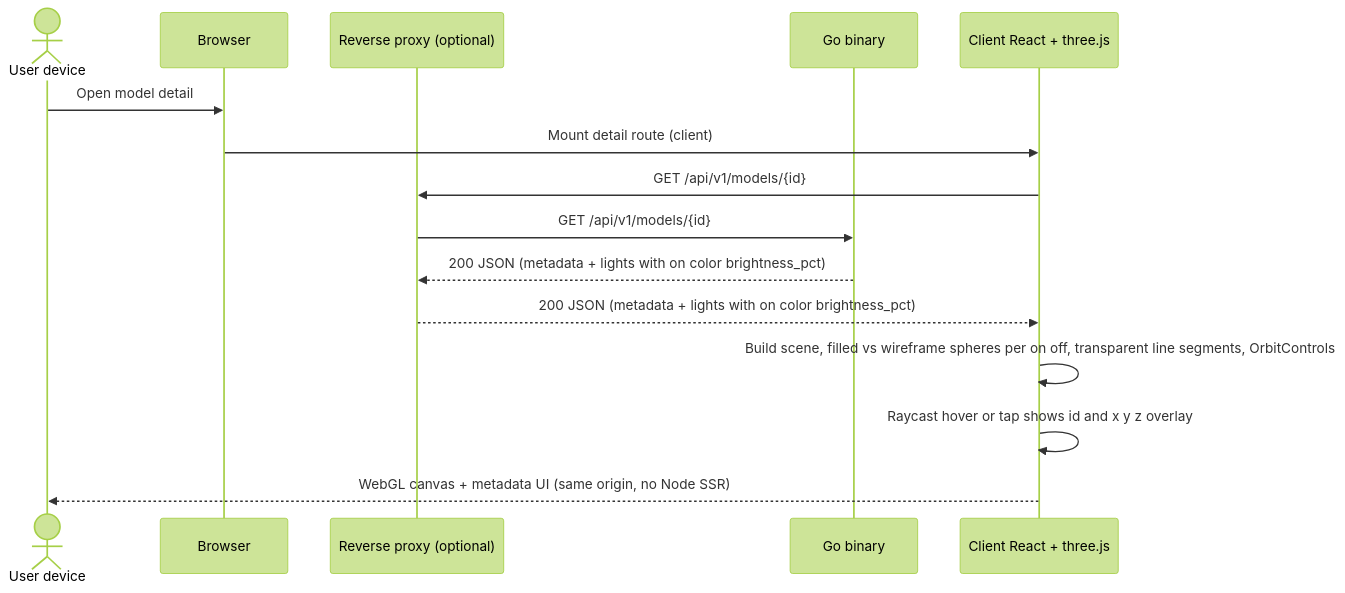
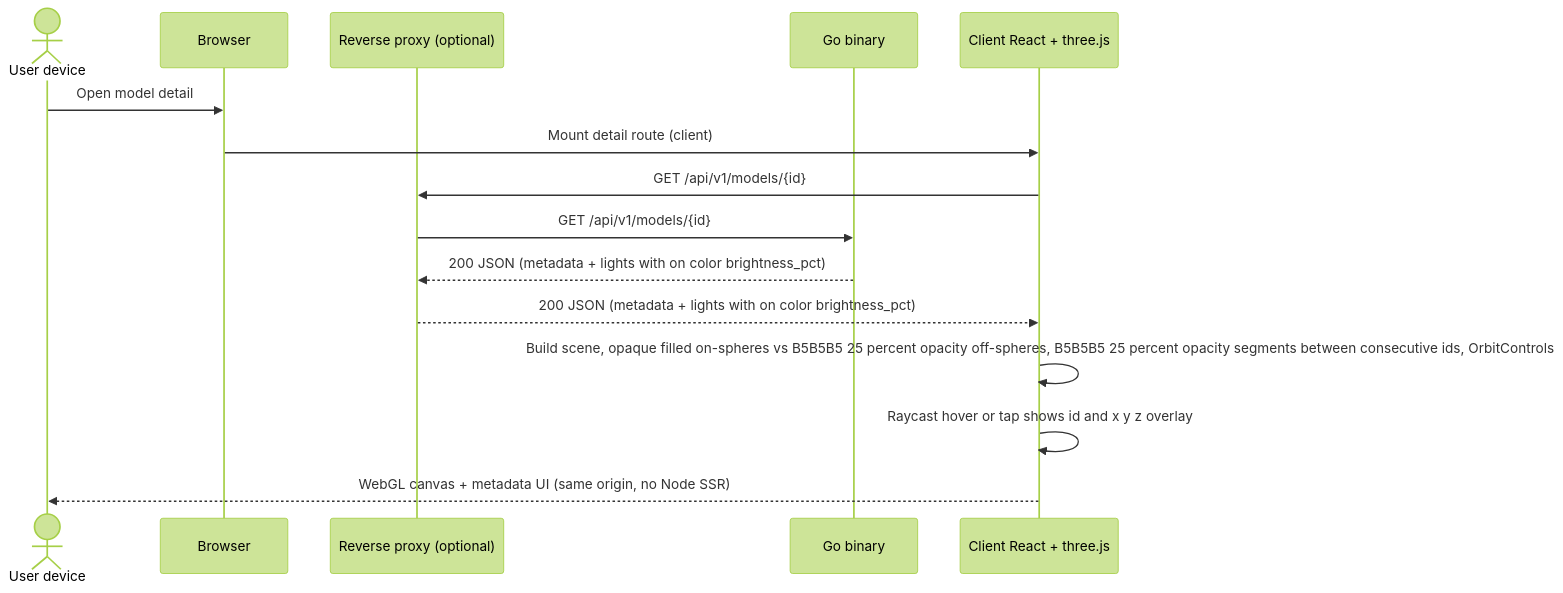
The sixth of 10 diagrams in docs/architecture.md (mudged/dlm), drawn with Mermaid (forest theme) before and after one commit. The commit also changed other lines of this file and 13 other files, not shown here.

````diff
--- a/docs/architecture.md
+++ b/docs/architecture.md
@@ -551,18 +576,18 @@
 ```mermaid
 sequenceDiagram
   actor User as User device
   participant B as Browser
   participant P as Reverse proxy (optional)
   participant G as Go binary
   participant R as Client React + three.js
 
   User->>B: Open model detail
   B->>R: Mount detail route (client)
   R->>P: GET /api/v1/models/{id}
   P->>G: GET /api/v1/models/{id}
   G-->>P: 200 JSON (metadata + lights with on color brightness_pct)
   P-->>R: 200 JSON (metadata + lights with on color brightness_pct)
-  R->>R: Build scene, filled vs wireframe spheres per on off, transparent line segments, OrbitControls
+  R->>R: Build scene, opaque filled on-spheres vs B5B5B5 25 percent opacity off-spheres, B5B5B5 25 percent opacity segments between consecutive ids, OrbitControls
   R->>R: Raycast hover or tap shows id and x y z overlay
   R-->>User: WebGL canvas + metadata UI (same origin, no Node SSR)
 ```
````
